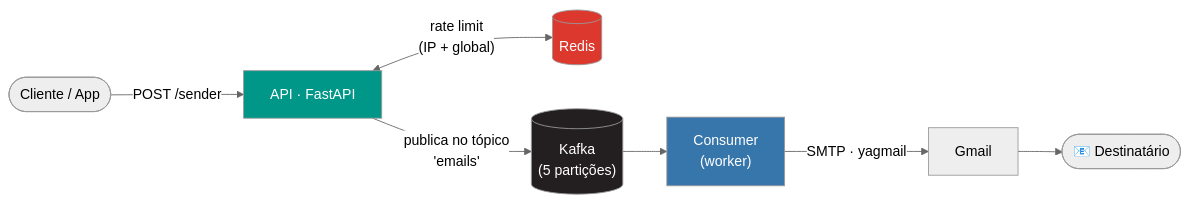
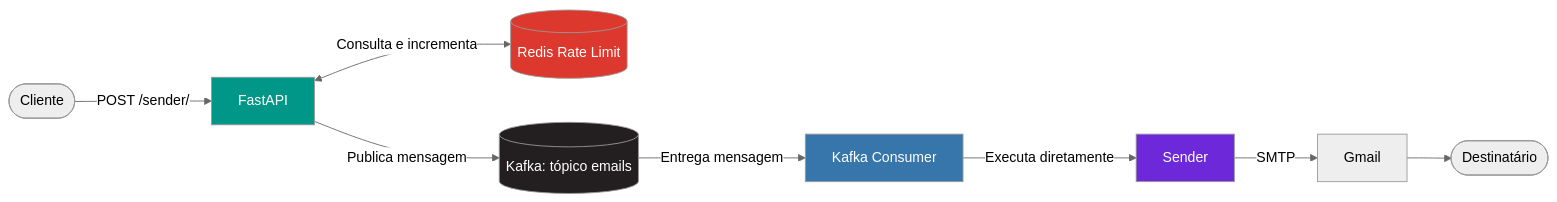
The first of 2 diagrams in README.md (BrayanDevZN/mcp_sender), drawn with Mermaid (neutral theme) before and after one commit. The commit also changed other lines of this file and 2 other files, not shown here.

````diff
--- a/README.md
+++ b/README.md
@@ -74,14 +164,16 @@
 ```mermaid
 flowchart LR
-    Client(["Cliente / App"]) -->|"POST /sender"| API["API · FastAPI"]
-    API <-->|"rate limit\n(IP + global)"| Redis[("Redis")]
-    API -->|"publica no tópico\n'emails'"| Kafka[("Kafka\n(5 partições)")]
-    Kafka --> Consumer["Consumer\n(worker)"]
-    Consumer -->|"SMTP · yagmail"| Gmail["Gmail"]
-    Gmail --> Dest(["📧 Destinatário"])
+    Client([Cliente]) -->|POST /sender/| API[FastAPI]
+    API <-->|Consulta e incrementa| Redis[(Redis Rate Limit)]
+    API -->|Publica mensagem| Kafka[(Kafka: tópico emails)]
+    Kafka -->|Entrega mensagem| Consumer[Kafka Consumer]
+    Consumer -->|Executa diretamente| Sender[Sender]
+    Sender -->|SMTP| Gmail[Gmail]
+    Gmail --> Recipient([Destinatário])
 
     style API fill:#009688,color:#fff
     style Kafka fill:#231F20,color:#fff
     style Redis fill:#DC382D,color:#fff
     style Consumer fill:#3776AB,color:#fff
+    style Sender fill:#6D28D9,color:#fff
 ```
````
